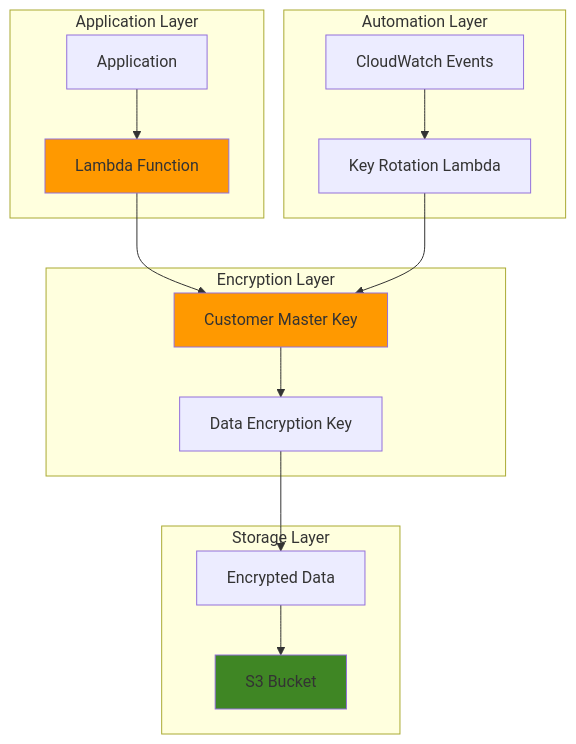
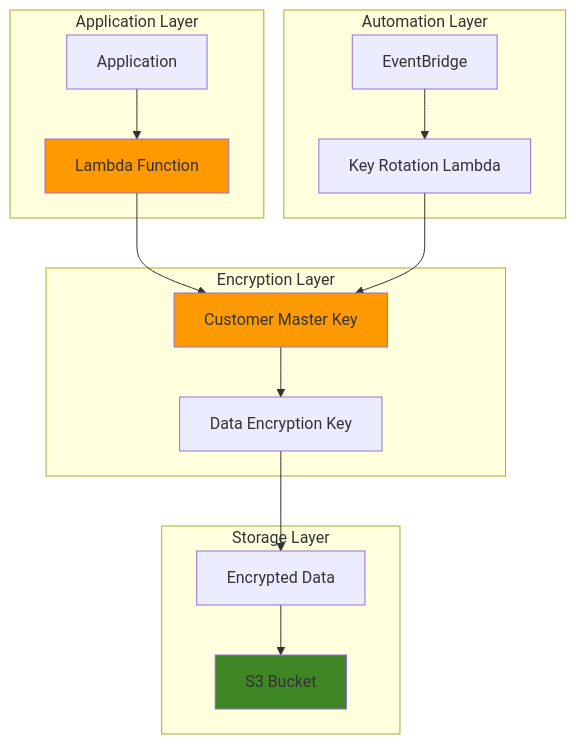
One commit to mzazon/awesome-cloud-projects changed the diagram in aws/enterprise-kms-envelope-encryption/enterprise-kms-envelope-encryption.md. Above: the diagram before and after it, drawn with Mermaid. The commit also changed other lines of this file and 5581 other files, not shown here.

````diff
--- a/aws/enterprise-kms-envelope-encryption/enterprise-kms-envelope-encryption.md
+++ b/aws/enterprise-kms-envelope-encryption/enterprise-kms-envelope-encryption.md
@@ -30,34 +30,34 @@
 ```mermaid
 graph TB
     subgraph "Application Layer"
         APP[Application]
         LAMBDA[Lambda Function]
     end
     
     subgraph "Encryption Layer"
         CMK[Customer Master Key]
         DEK[Data Encryption Key]
     end
     
     subgraph "Storage Layer"
         S3[S3 Bucket]
         ENCRYPTED[Encrypted Data]
     end
     
     subgraph "Automation Layer"
-        CW[CloudWatch Events]
+        EB[EventBridge]
         ROTATE[Key Rotation Lambda]
     end
     
     APP-->LAMBDA
     LAMBDA-->CMK
     CMK-->DEK
     DEK-->ENCRYPTED
     ENCRYPTED-->S3
-    CW-->ROTATE
+    EB-->ROTATE
     ROTATE-->CMK
     
     style CMK fill:#FF9900
     style S3 fill:#3F8624
     style LAMBDA fill:#FF9900
 ```
````
